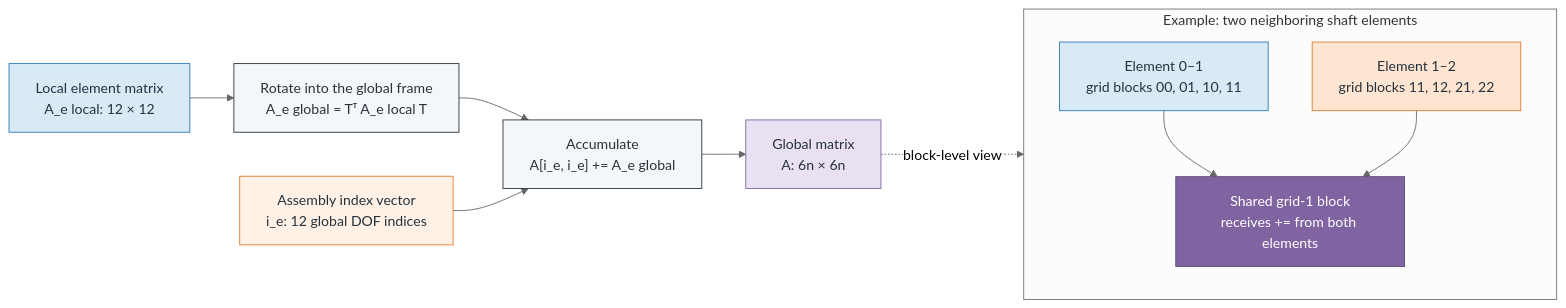
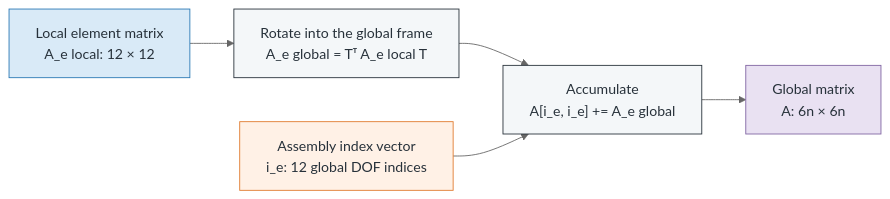
One commit to davidepisu9723/spinniped changed the diagram in doc/reference-manual/07_model_builder.md. Above: the diagram before and after it, drawn with Mermaid (neutral theme). The commit also changed other lines of this file and 5 other files, not shown here.

````diff
--- a/doc/reference-manual/07_model_builder.md
+++ b/doc/reference-manual/07_model_builder.md
@@ -62,30 +62,16 @@
 ```mermaid
 flowchart LR
     local["Local element matrix<br/>A_e local: 12 × 12"]:::local
     transform["Rotate into the global frame<br/>A_e global = Tᵀ A_e local T"]:::operation
     indices["Assembly index vector<br/>i_e: 12 global DOF indices"]:::index
     accumulate["Accumulate<br/>A[i_e, i_e] += A_e global"]:::operation
     global["Global matrix<br/>A: 6n × 6n"]:::global
 
     local --> transform --> accumulate --> global
     indices --> accumulate
 
-    subgraph overlap["Example: two neighboring shaft elements"]
-        direction TB
-        element_01["Element 0–1<br/>grid blocks 00, 01, 10, 11"]:::first
-        shared["Shared grid-1 block<br/>receives += from both elements"]:::shared
-        element_12["Element 1–2<br/>grid blocks 11, 12, 21, 22"]:::second
-        element_01 --> shared
-        element_12 --> shared
-    end
-
-    global -. "block-level view" .-> overlap
-
     classDef local fill:#d9eaf7,stroke:#2878b5,color:#27313a
     classDef operation fill:#f4f7f9,stroke:#27313a,color:#27313a
     classDef index fill:#fff1e6,stroke:#e07a2d,color:#27313a
     classDef global fill:#e9e1f2,stroke:#8064a2,color:#27313a
-    classDef first fill:#d9eaf7,stroke:#2878b5,color:#27313a
-    classDef second fill:#fde5d2,stroke:#e07a2d,color:#27313a
-    classDef shared fill:#8064a2,stroke:#5c4778,color:#ffffff
 ```
````
